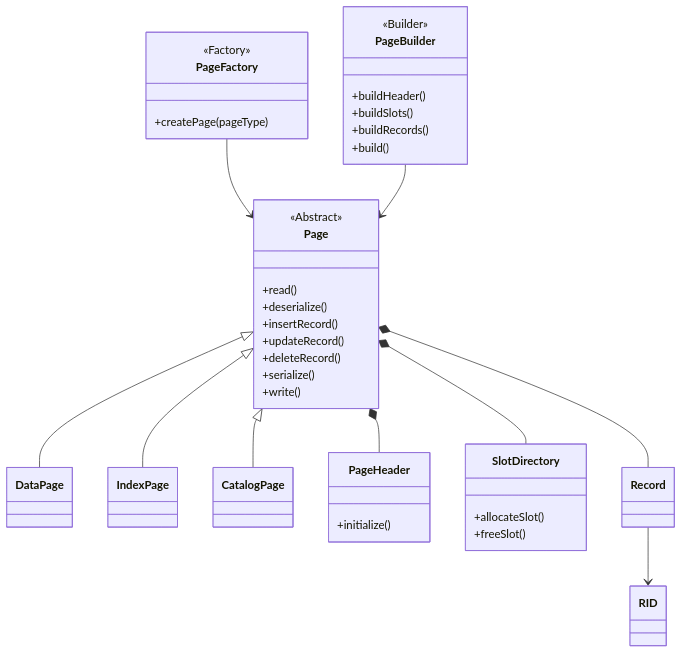
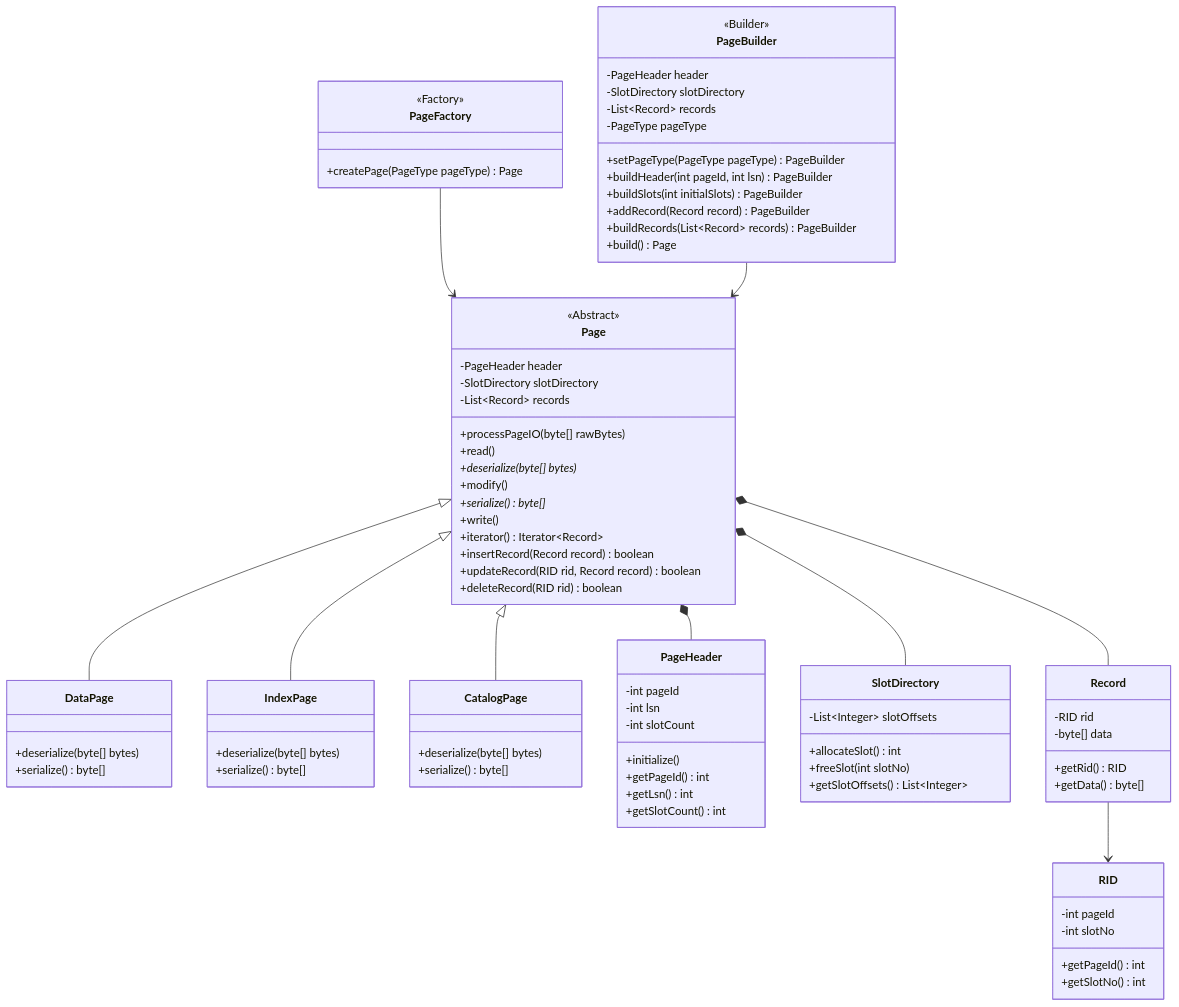
The diagram in docs/class_diagram/storage_engine/detail/PageManagement.md (Dikhang1112/Database_Management_BBV), drawn with Mermaid before and after one commit. The commit also changed 36 other files, not shown here.

```diff
--- a/docs/class_diagram/storage_engine/detail/PageManagement.md
+++ b/docs/class_diagram/storage_engine/detail/PageManagement.md
@@ -7,46 +7,87 @@
 %% =====================================================
 
 class Page{
-<<Abstract>>
-<<Template Method>>
-+read()
-+deserialize()
-+insertRecord()
-+updateRecord()
-+deleteRecord()
-+serialize()
-+write()
+    <<Abstract>>
+    <<Template Method>>
+    -PageHeader header
+    -SlotDirectory slotDirectory
+    -List~Record~ records
+    +processPageIO(byte[] rawBytes)
+    +read()
+    +deserialize(byte[] bytes)*
+    +modify()
+    +serialize()* byte[]
+    +write()
+    +iterator() Iterator~Record~
+    +insertRecord(Record record) boolean
+    +updateRecord(RID rid, Record record) boolean
+    +deleteRecord(RID rid) boolean
 }
 
-class DataPage
-class IndexPage
-class CatalogPage
+class DataPage{
+    +deserialize(byte[] bytes)
+    +serialize() byte[]
+}
+
+class IndexPage{
+    +deserialize(byte[] bytes)
+    +serialize() byte[]
+}
+
+class CatalogPage{
+    +deserialize(byte[] bytes)
+    +serialize() byte[]
+}
 
 class PageFactory{
-<<Factory>>
-+createPage(pageType)
+    <<Factory>>
+    +createPage(PageType pageType) Page
 }
 
 class PageBuilder{
-<<Builder>>
-+buildHeader()
-+buildSlots()
-+buildRecords()
-+build()
+    <<Builder>>
+    -PageHeader header
+    -SlotDirectory slotDirectory
+    -List~Record~ records
+    -PageType pageType
+    +setPageType(PageType pageType) PageBuilder
+    +buildHeader(int pageId, int lsn) PageBuilder
+    +buildSlots(int initialSlots) PageBuilder
+    +addRecord(Record record) PageBuilder
+    +buildRecords(List~Record~ records) PageBuilder
+    +build() Page
 }
 
 class PageHeader{
-+initialize()
+    -int pageId
+    -int lsn
+    -int slotCount
+    +initialize()
+    +getPageId() int
+    +getLsn() int
+    +getSlotCount() int
 }
 
 class SlotDirectory{
-+allocateSlot()
-+freeSlot()
+    -List~Integer~ slotOffsets
+    +allocateSlot() int
+    +freeSlot(int slotNo)
+    +getSlotOffsets() List~Integer~
 }
 
-class Record
+class Record{
+    -RID rid
+    -byte[] data
+    +getRid() RID
+    +getData() byte[]
+}
 
-class RID
+class RID{
+    -int pageId
+    -int slotNo
+    +getPageId() int
+    +getSlotNo() int
+}
 
 %% =====================================================
 %% RELATIONSHIPS
```
